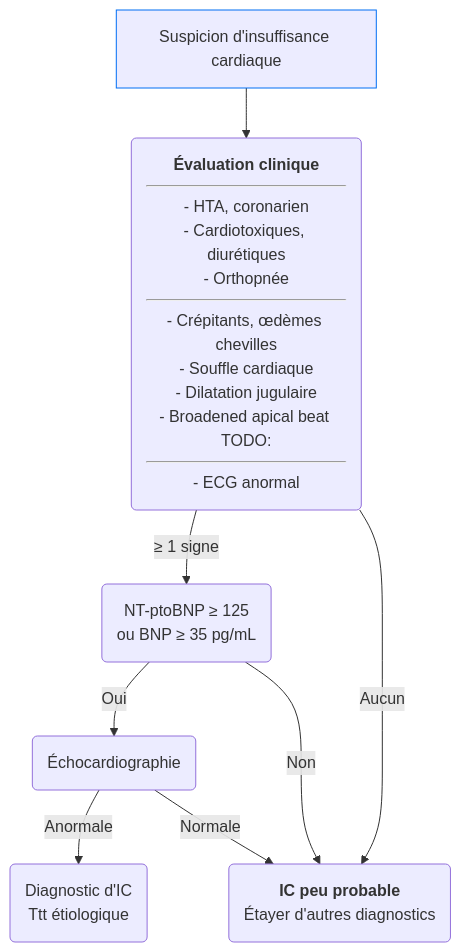
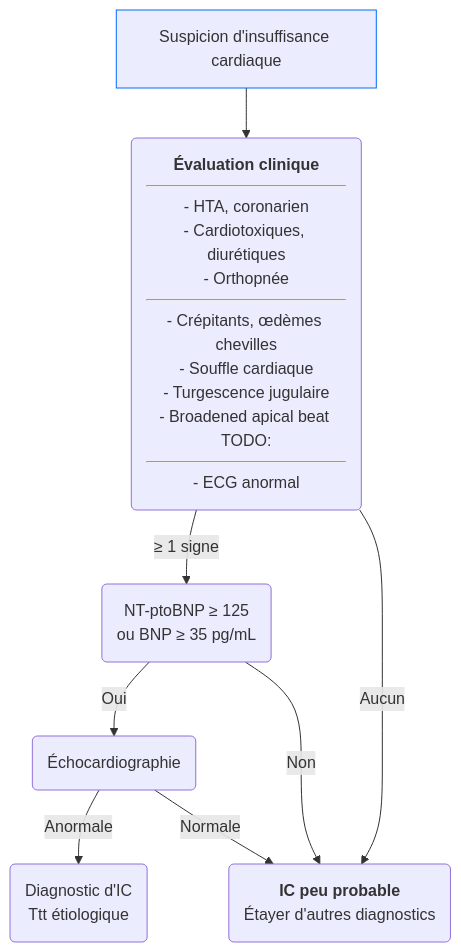
Before and after one commit to djibe/recommandations-medicales: the first of 2 diagrams in content/recommandations/insuffisance-cardiaque-chronique.md, drawn with Mermaid. The commit also changed other lines of this file and 17 other files, not shown here.

```diff
--- a/content/recommandations/insuffisance-cardiaque-chronique.md
+++ b/content/recommandations/insuffisance-cardiaque-chronique.md
@@ -175,12 +239,12 @@
 {{< mermaid title="Conduite à tenir pour le diagnostic de l'insuffisance cardiaque chronique. Dr JB FRON d'après ESC 2016" >}}
 graph TB
 suspicion[Suspicion d'insuffisance cardiaque]
 style suspicion stroke:#006ef4, stroke-width:1px
-  suspicion --> clinique("<b>Évaluation clinique</b><hr>- HTA, coronarien<br>- Cardiotoxiques, diurétiques<br>- Orthopnée<hr>- Crépitants, œdèmes chevilles<br>- Souffle cardiaque<br>- Dilatation jugulaire<br>- Broadened apical beat TODO:<hr>- ECG anormal")
+  suspicion --> clinique("<b>Évaluation clinique</b><hr>- HTA, coronarien<br>- Cardiotoxiques, diurétiques<br>- Orthopnée<hr>- Crépitants, œdèmes chevilles<br>- Souffle cardiaque<br>- Turgescence jugulaire<br>- Broadened apical beat TODO:<hr>- ECG anormal")
     clinique -- "&ge; 1 signe"--> BNP("NT-ptoBNP &ge; 125<br>ou BNP &ge; 35 pg/mL")
       BNP -- Oui --> ETT(Échocardiographie)
         ETT -- Anormale --> diagnostic("Diagnostic d'IC<br>Ttt étiologique")
         ETT -- Normale --> differentiel
       BNP -- Non --> differentiel
     clinique -- Aucun --> differentiel("<b>IC peu probable</b><br>Étayer d'autres diagnostics")
 {{< /mermaid >}}
```
